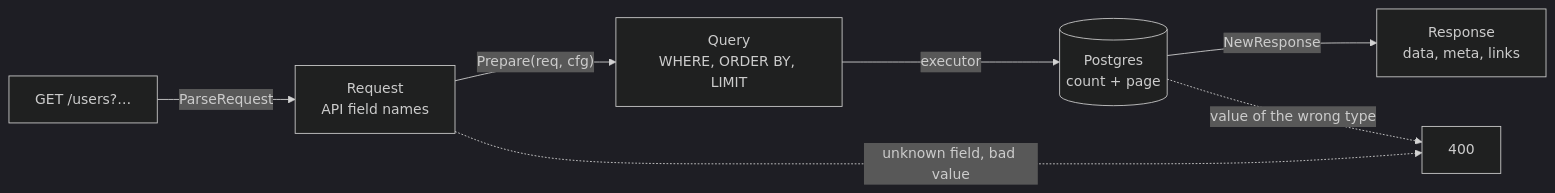
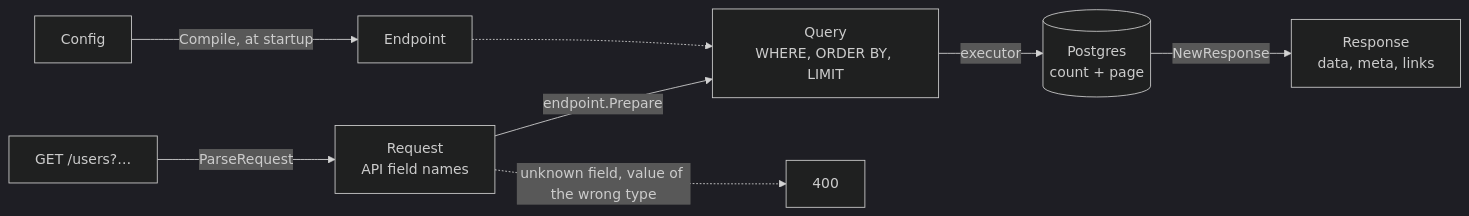
One commit to svyatoslavratov/go-paginate changed the diagram in README.md. Above: the diagram before and after it, drawn with Mermaid (dark theme). The commit also changed other lines of this file and 88 other files, not shown here.

````diff
--- a/README.md
+++ b/README.md
@@ -169,9 +196,10 @@
 ```mermaid
 flowchart LR
+    cfg["Config"] -- "Compile, at startup" --> endpoint["Endpoint"]
     http["GET /users?…"] -- "ParseRequest" --> req["Request<br/>API field names"]
-    req -- "Prepare(req, cfg)" --> query["Query<br/>WHERE, ORDER BY, LIMIT"]
+    req -- "endpoint.Prepare" --> query["Query<br/>WHERE, ORDER BY, LIMIT"]
+    endpoint -.-> query
     query -- "executor" --> db[("Postgres<br/>count + page")]
     db -- "NewResponse" --> resp["Response<br/>data, meta, links"]
-    req -. "unknown field, bad value" .-> bad["400"]
-    db -. "value of the wrong type" .-> bad
+    req -. "unknown field, value of the wrong type" .-> bad["400"]
 ```
````
